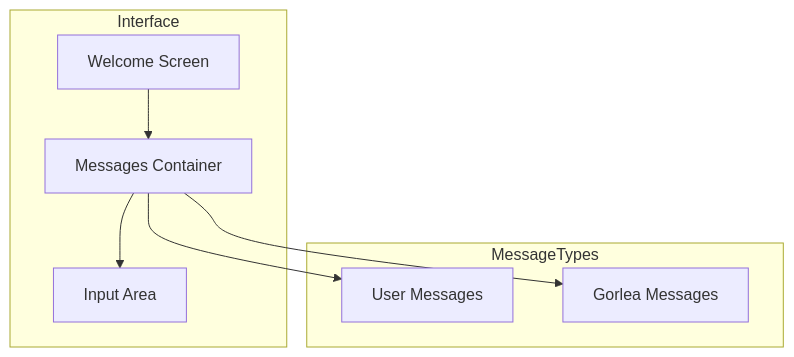
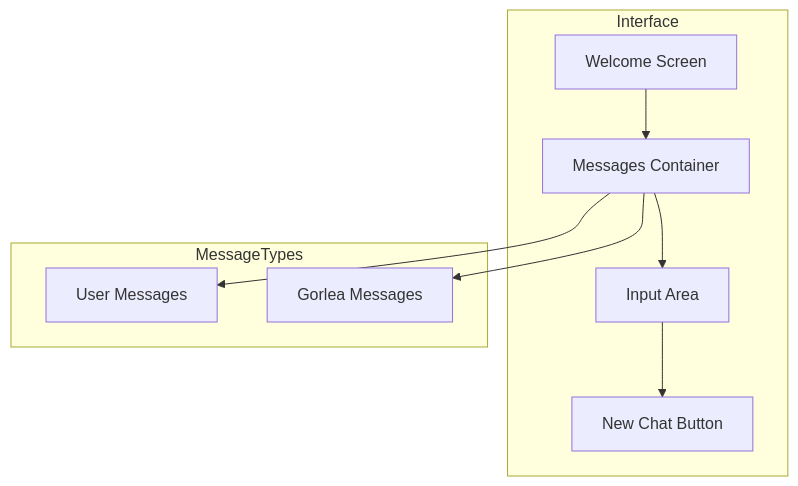
One commit to Drifter-Supremo/gorlea-notes-docs changed the second of 6 diagrams in memory-bank/systemPatterns.md. Above: the diagram before and after it, drawn with Mermaid. The commit also changed other lines of this file and 9 other files, not shown here.

````diff
--- a/memory-bank/systemPatterns.md
+++ b/memory-bank/systemPatterns.md
@@ -40,18 +52,20 @@
 ```mermaid
 flowchart TD
     subgraph Interface
         Welcome[Welcome Screen]
         Messages[Messages Container]
         Input[Input Area]
+        NewChatBtn["New Chat Button"]
     end
 
     subgraph MessageTypes
         User[User Messages]
         Gorlea[Gorlea Messages]
     end
 
     Welcome --> Messages
     Messages --> User
     Messages --> Gorlea
     Messages --> Input
+    Input --> NewChatBtn
 ```
````
